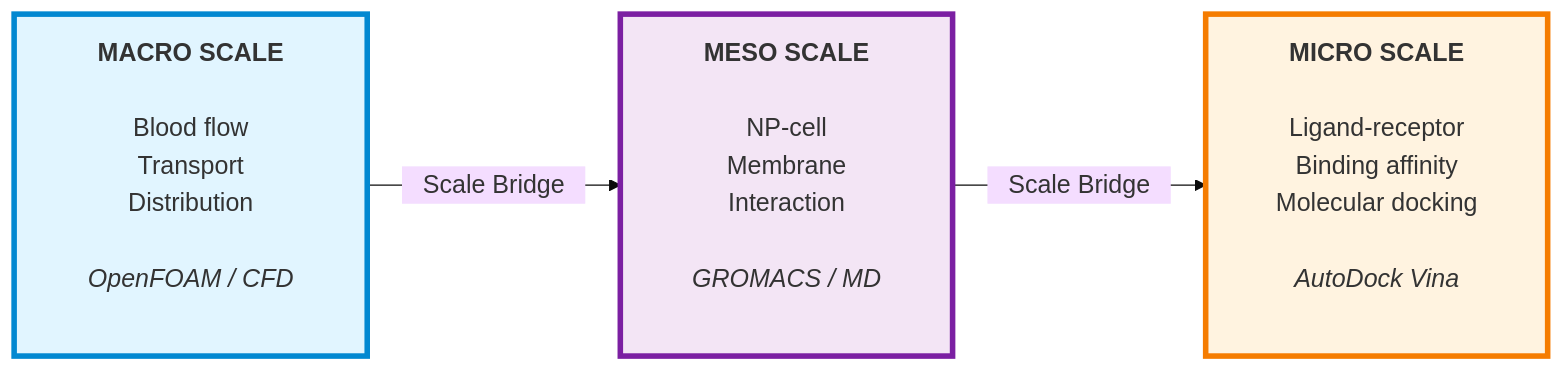
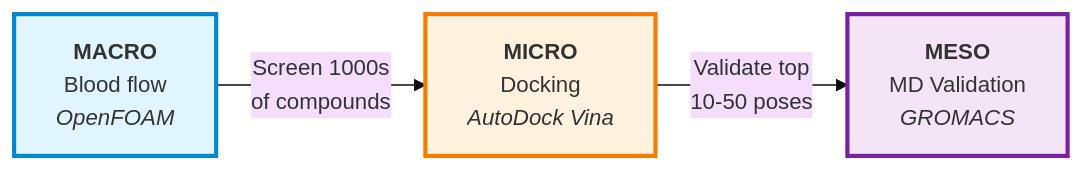
One commit to xiaojunyang0805/NanoSim changed the first of 2 diagrams in README.md. Above: the diagram before and after it, drawn with Mermaid. The commit also changed other lines of this file and 8 other files, not shown here.

First line of the commit message:
Implement bidirectional workflow architecture for adaptive multi-scale simulation

````diff
--- a/README.md
+++ b/README.md
@@ -71,14 +74,14 @@
 ```mermaid
-%%{init: {'theme':'base', 'themeVariables': { 'fontSize':'18px'}}}%%
+%%{init: {'theme':'base', 'themeVariables': { 'fontSize':'16px'}}}%%
 flowchart LR
-    A["&nbsp;&nbsp;&nbsp;&nbsp;&nbsp;&nbsp;<b>MACRO SCALE</b>&nbsp;&nbsp;&nbsp;&nbsp;&nbsp;&nbsp;<br/><br/>Blood flow<br/>Transport<br/>Distribution<br/><br/><i>OpenFOAM / CFD</i><br/>&nbsp;"]
-    B["&nbsp;&nbsp;&nbsp;&nbsp;&nbsp;&nbsp;<b>MESO SCALE</b>&nbsp;&nbsp;&nbsp;&nbsp;&nbsp;&nbsp;<br/><br/>NP-cell<br/>Membrane<br/>Interaction<br/><br/><i>GROMACS / MD</i><br/>&nbsp;"]
-    C["&nbsp;&nbsp;&nbsp;&nbsp;&nbsp;&nbsp;<b>MICRO SCALE</b>&nbsp;&nbsp;&nbsp;&nbsp;&nbsp;&nbsp;<br/><br/>Ligand-receptor<br/>Binding affinity<br/>Molecular docking<br/><br/><i>AutoDock Vina</i><br/>&nbsp;"]
+    A["<b>MACRO</b><br/>Blood flow<br/><i>OpenFOAM</i>"]
+    C["<b>MICRO</b><br/>Docking<br/><i>AutoDock Vina</i>"]
+    B["<b>MESO</b><br/>MD Validation<br/><i>GROMACS</i>"]
 
-    A -->|"&nbsp;&nbsp;&nbsp;Scale Bridge&nbsp;&nbsp;&nbsp;"| B
-    B -->|"&nbsp;&nbsp;&nbsp;Scale Bridge&nbsp;&nbsp;&nbsp;"| C
+    A -->|"Screen 1000s<br/>of compounds"| C
+    C -->|"Validate top<br/>10-50 poses"| B
 
-    style A fill:#e1f5ff,stroke:#0288d1,stroke-width:4px
-    style B fill:#f3e5f5,stroke:#7b1fa2,stroke-width:4px
-    style C fill:#fff3e0,stroke:#f57c00,stroke-width:4px
+    style A fill:#e1f5ff,stroke:#0288d1,stroke-width:3px
+    style C fill:#fff3e0,stroke:#f57c00,stroke-width:3px
+    style B fill:#f3e5f5,stroke:#7b1fa2,stroke-width:3px
 ```
````
